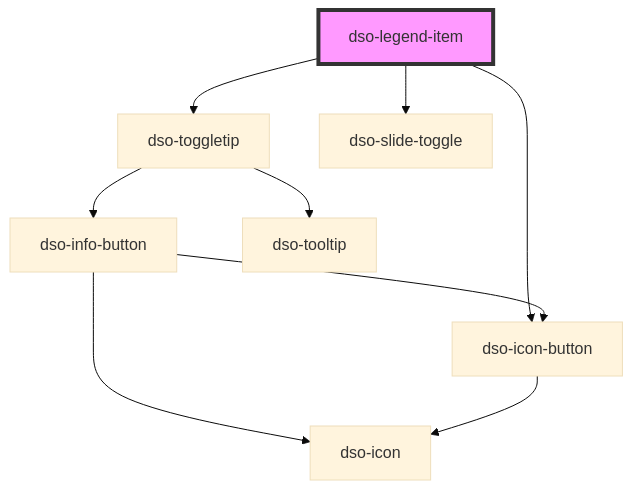
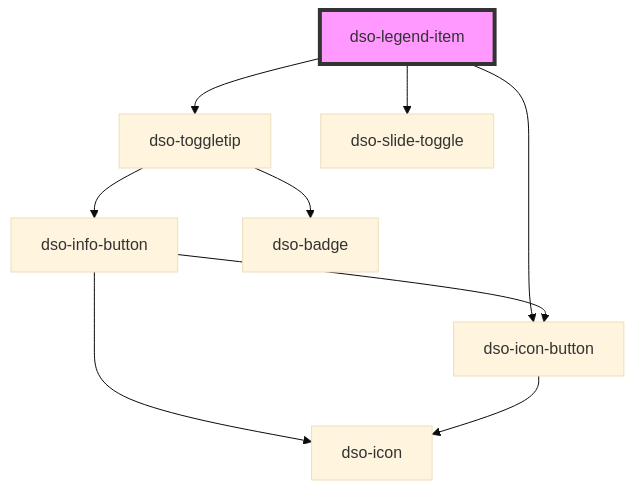
One commit to dso-toolkit/dso-toolkit changed the diagram in packages/core/src/components/legend-item/readme.md. Above: the diagram before and after it, drawn with Mermaid (base theme). The commit also changed 23 other files, not shown here.

````diff
--- a/packages/core/src/components/legend-item/readme.md
+++ b/packages/core/src/components/legend-item/readme.md
@@ -44,12 +44,12 @@
 ```mermaid
 graph TD;
   dso-legend-item --> dso-toggletip
   dso-legend-item --> dso-icon-button
   dso-legend-item --> dso-slide-toggle
   dso-toggletip --> dso-info-button
-  dso-toggletip --> dso-tooltip
+  dso-toggletip --> dso-badge
   dso-info-button --> dso-icon-button
   dso-info-button --> dso-icon
   dso-icon-button --> dso-icon
   style dso-legend-item fill:#f9f,stroke:#333,stroke-width:4px
 ```
````
